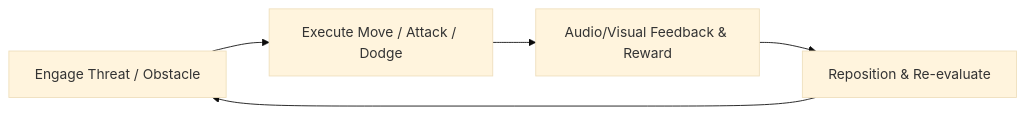
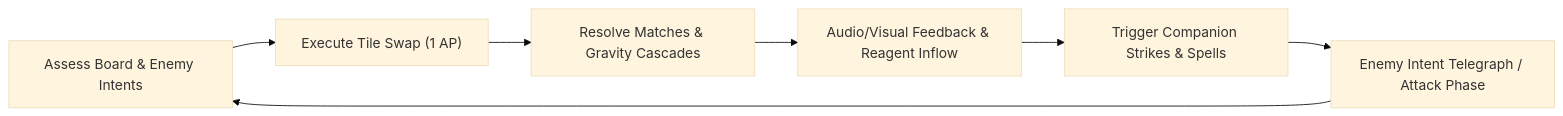
Before and after one commit to realityworks/gamedevteam: the first of 4 diagrams in deliverables/docs/GDD.md, drawn with Mermaid (base theme). The commit also changed other lines of this file and 5 other files, not shown here.

````diff
--- a/deliverables/docs/GDD.md
+++ b/deliverables/docs/GDD.md
@@ -27,7 +32,9 @@
 ```mermaid
 flowchart LR
-    Engage["Engage Threat / Obstacle"] --> Act["Execute Move / Attack / Dodge"]
-    Act --> Feedback["Audio/Visual Feedback & Reward"]
-    Feedback --> Reposition["Reposition & Re-evaluate"]
-    Reposition --> Engage
+    Assess["Assess Board & Enemy Intents"] --> Swap["Execute Tile Swap (1 AP)"]
+    Swap --> Cascade["Resolve Matches & Gravity Cascades"]
+    Cascade --> Feedback["Audio/Visual Feedback & Reagent Inflow"]
+    Feedback --> PartyAction["Trigger Companion Strikes & Spells"]
+    PartyAction --> EnemyTick["Enemy Intent Telegraph / Attack Phase"]
+    EnemyTick --> Assess
 ```
````
